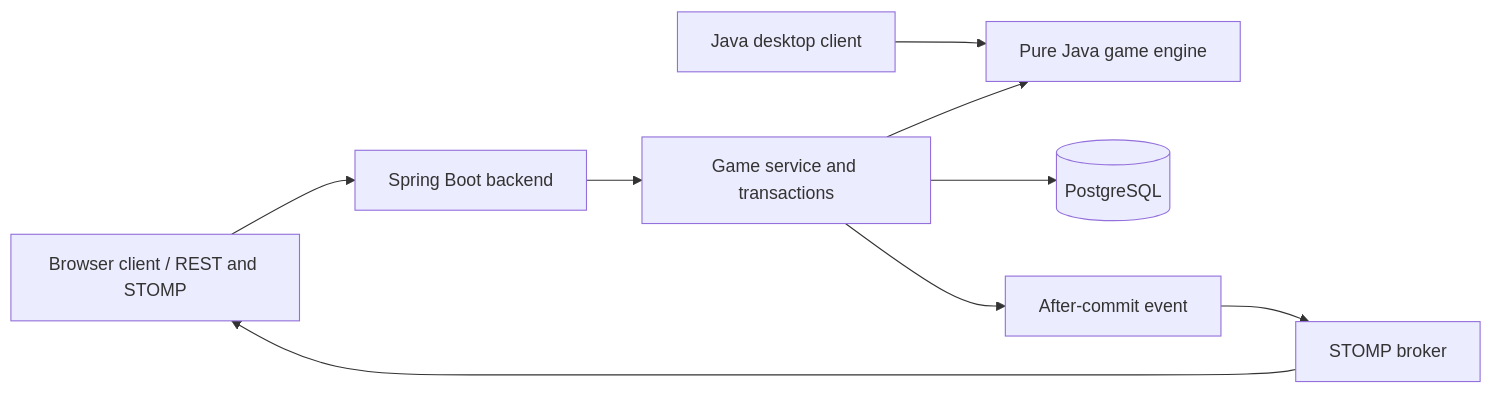
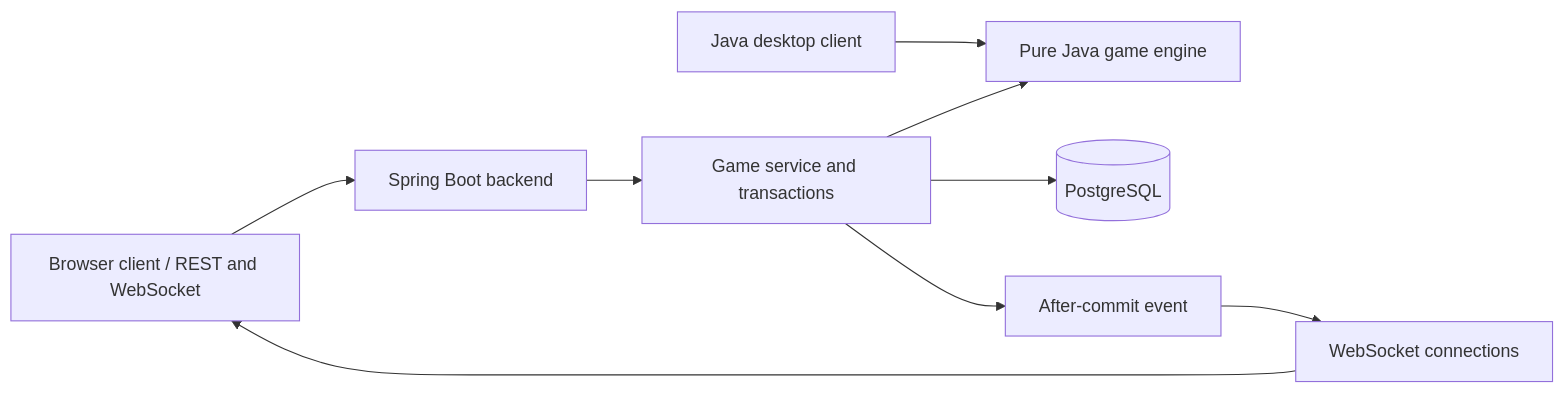
The diagram in README.md (hannnz1/nine-mens-morris-java), drawn with Mermaid before and after one commit. The commit also changed other lines of this file and 46 other files, not shown here.

Commit message:
Improve multiplayer recovery, native WebSocket updates and game UI

````diff
--- a/README.md
+++ b/README.md
@@ -63,11 +63,11 @@
 ```mermaid
 flowchart LR
     Desktop[Java desktop client] --> Engine[Pure Java game engine]
-    Client[Browser client / REST and STOMP] --> API[Spring Boot backend]
+    Client[Browser client / REST and WebSocket] --> API[Spring Boot backend]
     API --> Service[Game service and transactions]
     Service --> Engine
     Service --> DB[(PostgreSQL)]
     Service --> Commit[After-commit event]
-    Commit --> WS[STOMP broker]
+    Commit --> WS[WebSocket connections]
     WS --> Client
 ```
````
